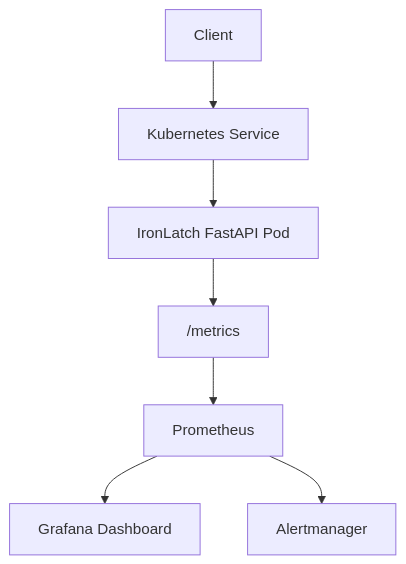
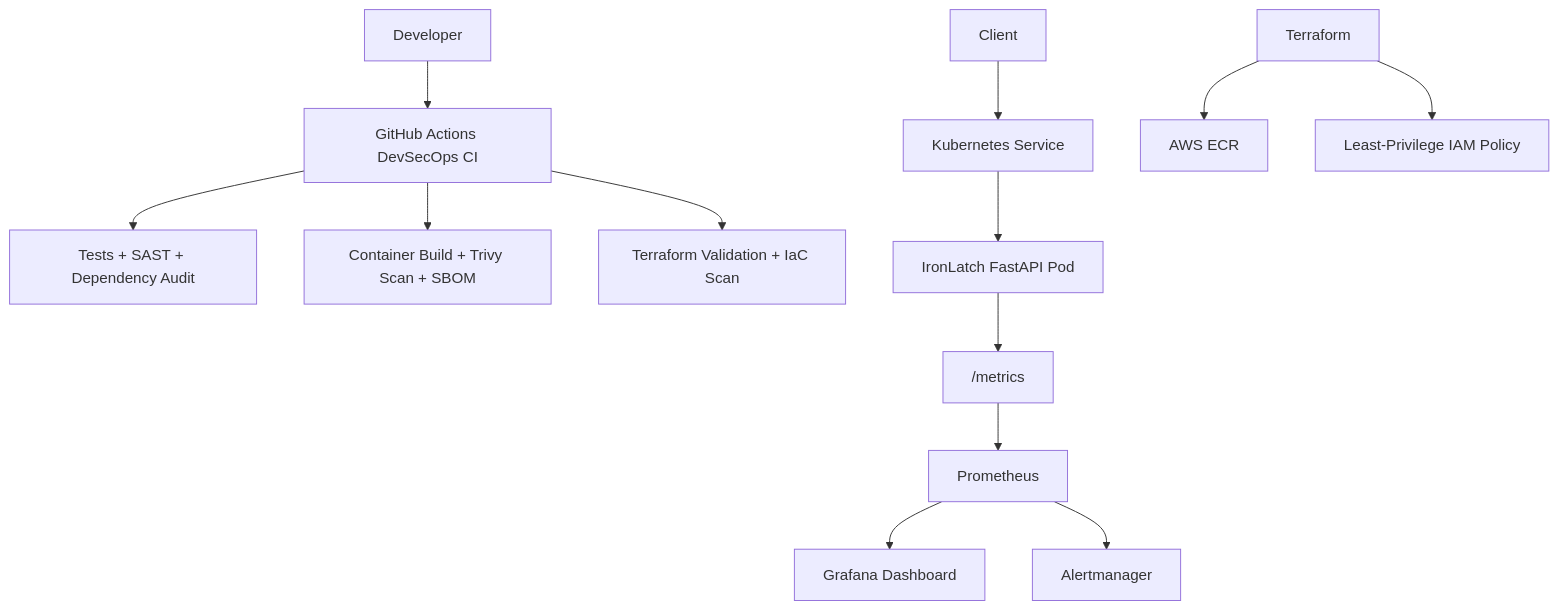
One commit to TYSECRD/IronLatch changed the diagram in README.md. Above: the diagram before and after it, drawn with Mermaid. The commit also changed other lines of this file, not shown here.

````diff
--- a/README.md
+++ b/README.md
@@ -11,9 +7,17 @@
 ```mermaid
 flowchart TD
+    D["Developer"] --> CI["GitHub Actions DevSecOps CI"]
+    CI --> T["Tests + SAST + Dependency Audit"]
+    CI --> C["Container Build + Trivy Scan + SBOM"]
+    CI --> I["Terraform Validation + IaC Scan"]
+
     U["Client"] --> S["Kubernetes Service"]
     S --> A["IronLatch FastAPI Pod"]
     A --> M["/metrics"]
     M --> P["Prometheus"]
     P --> G["Grafana Dashboard"]
     P --> AM["Alertmanager"]
+
+    TF["Terraform"] --> ECR["AWS ECR"]
+    TF --> IAM["Least-Privilege IAM Policy"]
 ```
````
